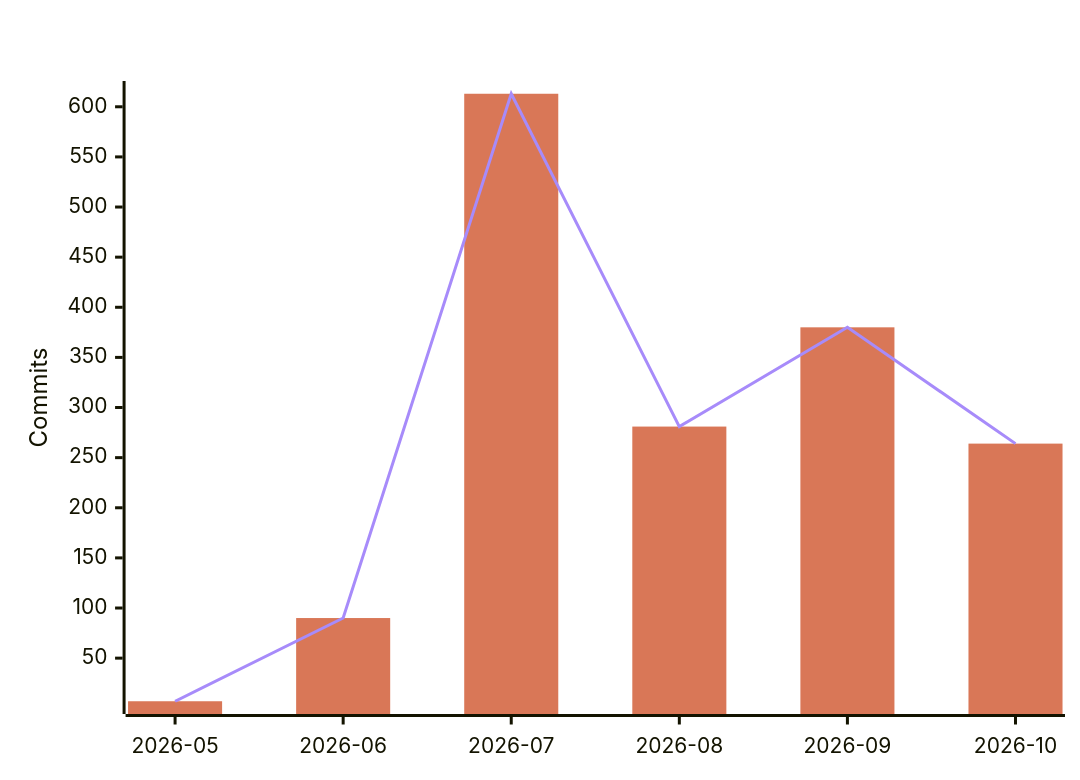
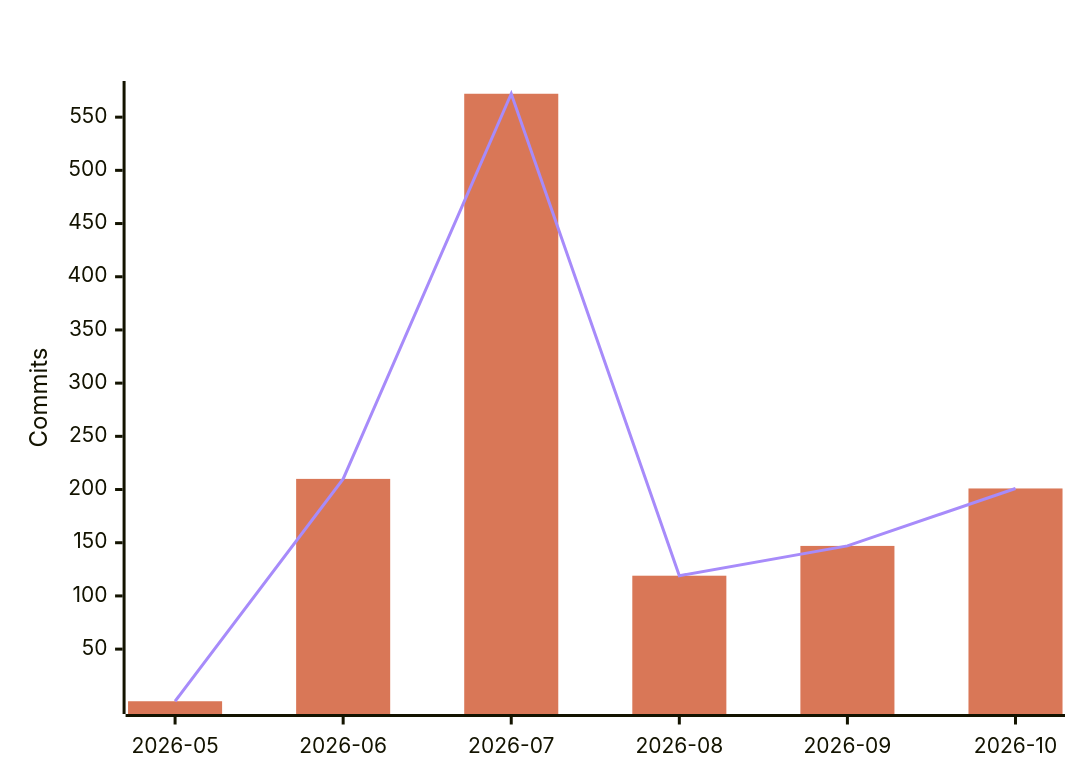
Before and after one commit to polo-nyan/polo-nyan: the fourth of 7 diagrams in README.md, drawn with Mermaid. The commit also changed other lines of this file and 1 other file, not shown here.

````diff
--- a/README.md
+++ b/README.md
@@ -294,9 +293,9 @@
 ```mermaid
 %%{init: {"xyChart": {"titleColor": "#ffffff", "xAxisLabelColor": "#ffffff", "yAxisLabelColor": "#ffffff"}, "themeVariables": {"xyChart": {"titleColor": "#ffffff", "plotColorPalette": "#d97757, #a78bfa"}}}}%%
 xychart-beta
     title "AI-Assisted Commits Per Month"
     x-axis ["2026-05", "2026-06", "2026-07", "2026-08", "2026-09", "2026-10"]
     y-axis "Commits"
-    bar [7, 90, 613, 281, 380, 264]
-    line [7, 90, 613, 281, 380, 264]
+    bar [1, 210, 572, 119, 147, 201]
+    line [1, 210, 572, 119, 147, 201]
 ```
````
